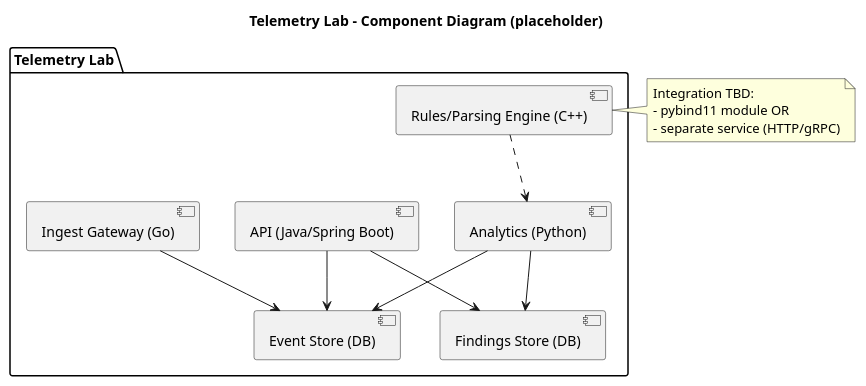
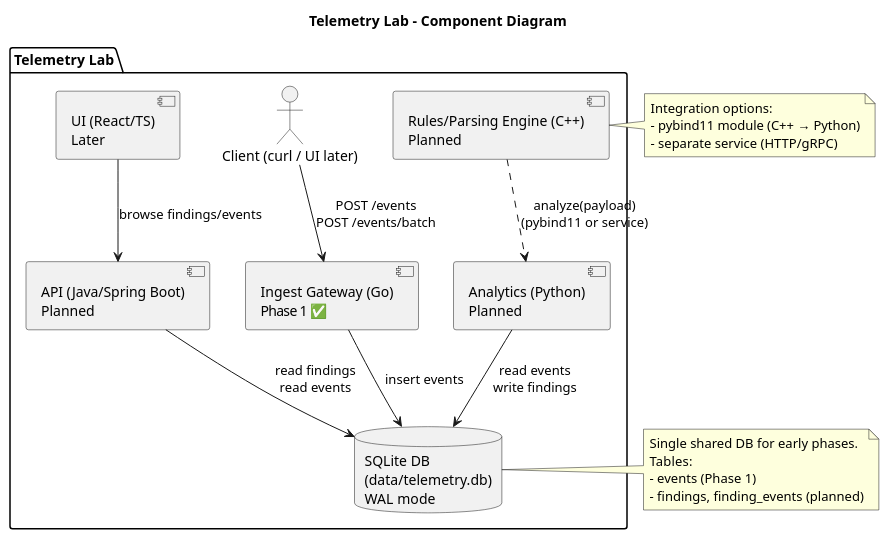
Before and after one commit to dealhouse/telemetry-lab: the diagram in docs/diagrams/component.puml, drawn with PlantUML. The commit also changed other lines of this file and 3 other files, not shown here.

Commit message:
docs: record Phase 1 runtime + SQLite decision (ADR 0002)

```diff
--- a/docs/diagrams/component.puml
+++ b/docs/diagrams/component.puml
@@ -1,18 +1,38 @@
 @startuml
-title Telemetry Lab - Component Diagram (placeholder)
+title Telemetry Lab - Component Diagram
 
 package "Telemetry Lab" {
-  [Ingest Gateway (Go)] --> [Event Store (DB)]
-  [Analytics (Python)] --> [Event Store (DB)]
-  [Analytics (Python)] --> [Findings Store (DB)]
-  [API (Java/Spring Boot)] --> [Findings Store (DB)]
-  [API (Java/Spring Boot)] --> [Event Store (DB)]
-  [Rules/Parsing Engine (C++)] ..> [Analytics (Python)]
+
+  actor "Client (curl / UI later)" as client
+
+  [Ingest Gateway (Go)\nPhase 1 ✅] as ingest
+  database "SQLite DB\n(data/telemetry.db)\nWAL mode" as sqlite
+
+  [Analytics (Python)\nPlanned] as py
+  [API (Java/Spring Boot)\nPlanned] as java
+  [Rules/Parsing Engine (C++)\nPlanned] as cpp
+  [UI (React/TS)\nLater] as ui
+
+  client --> ingest : POST /events\nPOST /events/batch
+  ingest --> sqlite : insert events
+
+  py --> sqlite : read events\nwrite findings
+  java --> sqlite : read findings\nread events
+  ui --> java : browse findings/events
+
+  cpp ..> py : analyze(payload)\n(pybind11 or service)
 }
 
-note right of [Rules/Parsing Engine (C++)]
-  Integration TBD:
-  - pybind11 module OR
+note right of sqlite
+  Single shared DB for early phases.
+  Tables:
+  - events (Phase 1)
+  - findings, finding_events (planned)
+end note
+
+note right of cpp
+  Integration options:
+  - pybind11 module (C++ → Python)
   - separate service (HTTP/gRPC)
 end note
 @enduml
```
